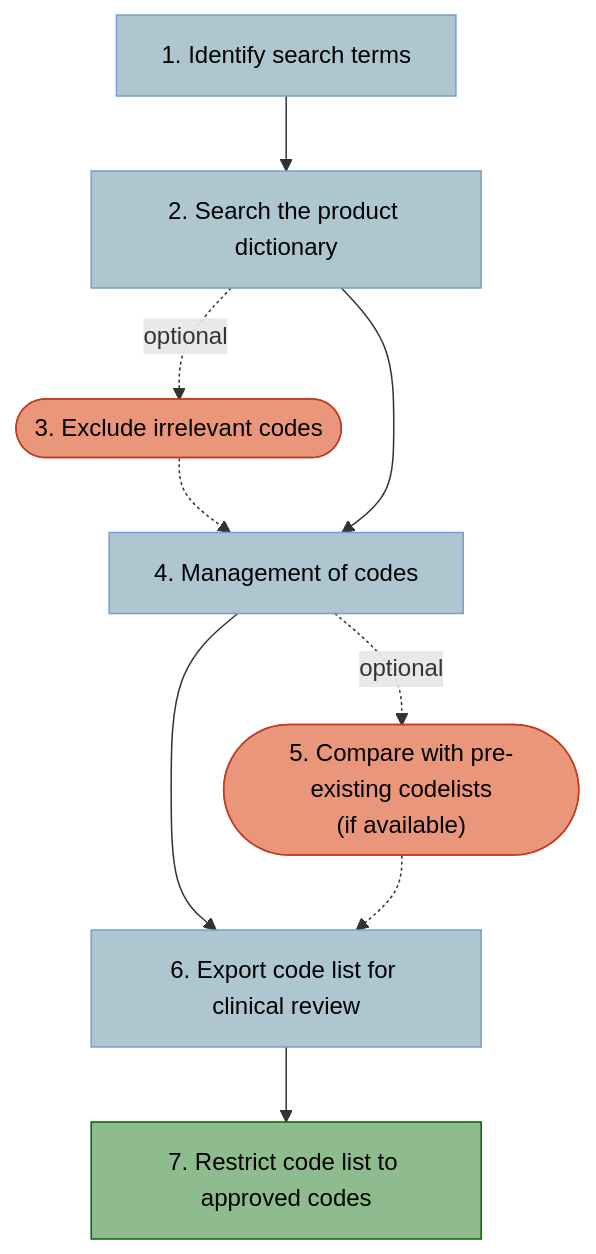
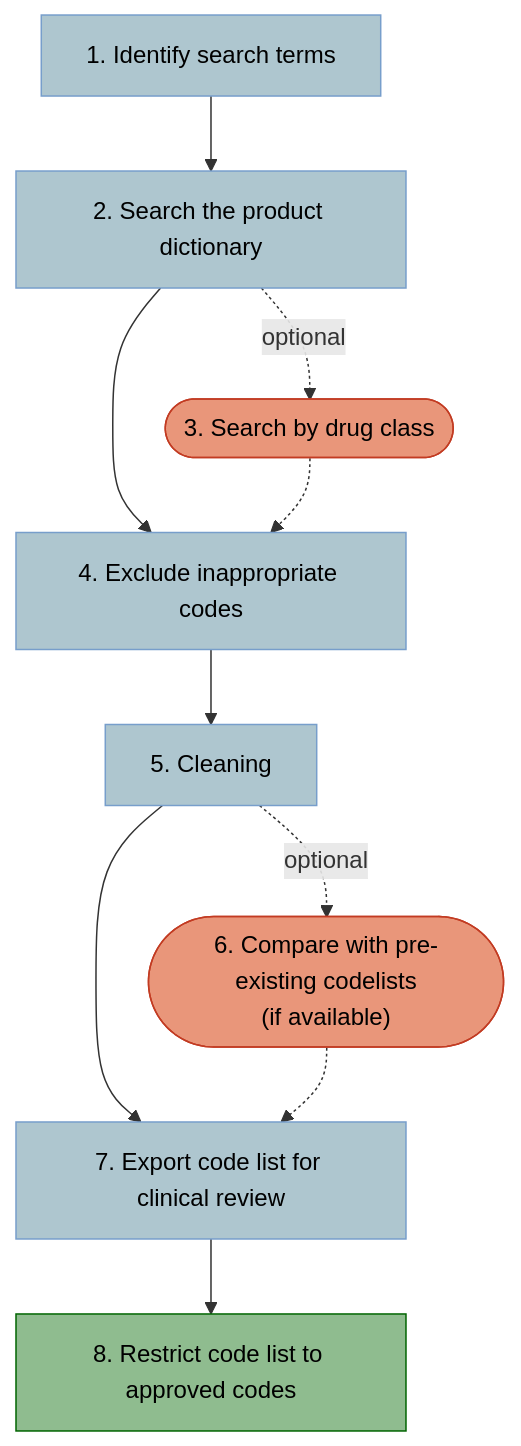
The diagram in README.md (NHLI-Respiratory-Epi/drug-codelist-creation), drawn with Mermaid before and after one commit. The commit also changed other lines of this file, not shown here.

````diff
--- a/README.md
+++ b/README.md
@@ -7,22 +6,24 @@
 ```mermaid
 flowchart TD
     A[1. Identify search terms] --> B[2. Search the product dictionary]
-    B -. optional .-> C([3. Exclude irrelevant codes])
+    B -. optional .-> C([3. Search by drug class])
+    B --> D[4. Exclude inappropriate codes]
     C -.-> D
-    B --> D[4. Management of codes]
-    D -. optional .-> E(["5. Compare with pre-existing codelists
+    D --> E[5. Cleaning]
+    E -. optional .-> F(["6. Compare with pre-existing codelists
 (if available)"])
-    D --> F
-    E -.-> F[6. Export code list for clinical review]
-    F --> G[7. Restrict code list to approved codes]
+    E --> G
+    F -.-> G[7. Export code list for clinical review]
+    G --> H[8. Restrict code list to approved codes]
     A:::step
     B:::step
     C:::optional
     D:::step
-    E:::optional
-    F:::step
-    G:::final
+    E:::step
+    F:::optional
+    G:::step
+    H:::final
     classDef step color:black, fill:#aec6cf, stroke:#779ecb
     classDef optional color:black, fill:#e9967a, stroke:#c23b22
     classDef final color:black, fill:#8fbc8f, stroke:#006400
 ```
````
